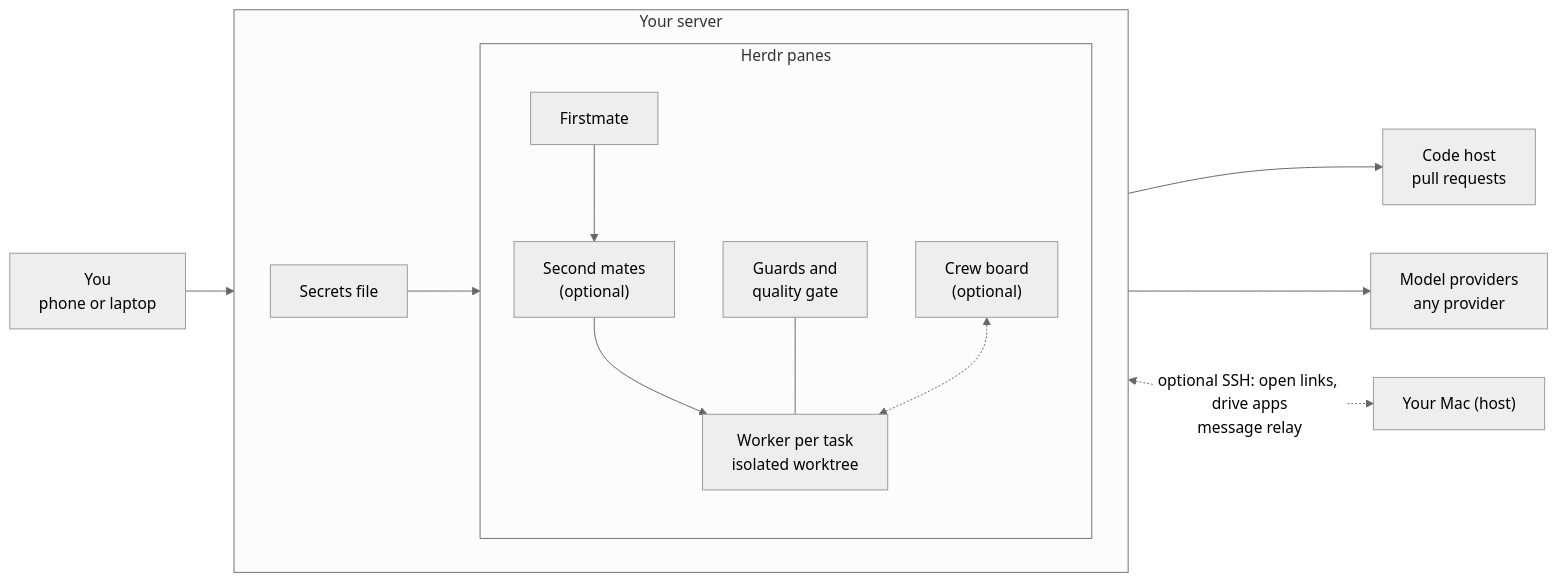
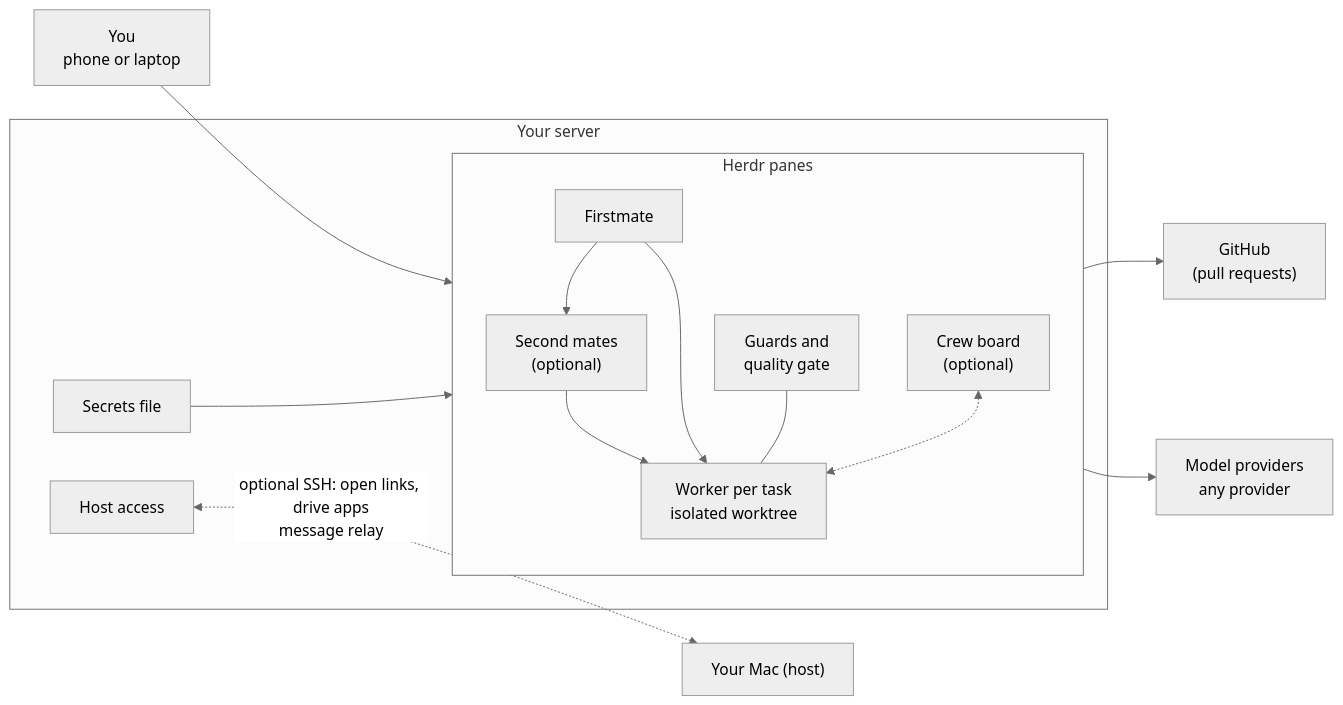
One commit to i098/Crewship changed the diagram in README.md. Above: the diagram before and after it, drawn with Mermaid (neutral theme).

Commit message:
docs: link Mac from server, add Firstmate to worker edge

````diff
--- a/README.md
+++ b/README.md
@@ -57,27 +57,28 @@
 ```mermaid
 flowchart LR
     you["You<br/>phone or laptop"]
     subgraph vps["Your server"]
-        direction LR
         secrets["Secrets file"]
+        link["Host access"]
         subgraph herdr["Herdr panes"]
             direction TB
             fm["Firstmate"]
             sm["Second mates<br/>(optional)"]
             worker["Worker per task<br/>isolated worktree"]
             gates["Guards and<br/>quality gate"]
             board["Crew board<br/>(optional)"]
             fm --> sm --> worker
+            fm --> worker
             gates --- worker
             board <-.-> worker
         end
         secrets --> fm
     end
     mac["Your Mac (host)"]
-    gh["Code host<br/>pull requests"]
+    gh["GitHub<br/>(pull requests)"]
     models["Model providers<br/>any provider"]
     you --> fm
-    herdr <-.->|"optional SSH: open links, drive apps<br/>message relay"| mac
+    link <-.->|"optional SSH: open links, drive apps<br/>message relay"| mac
     worker --> gh
     worker --> models
 ```
````
